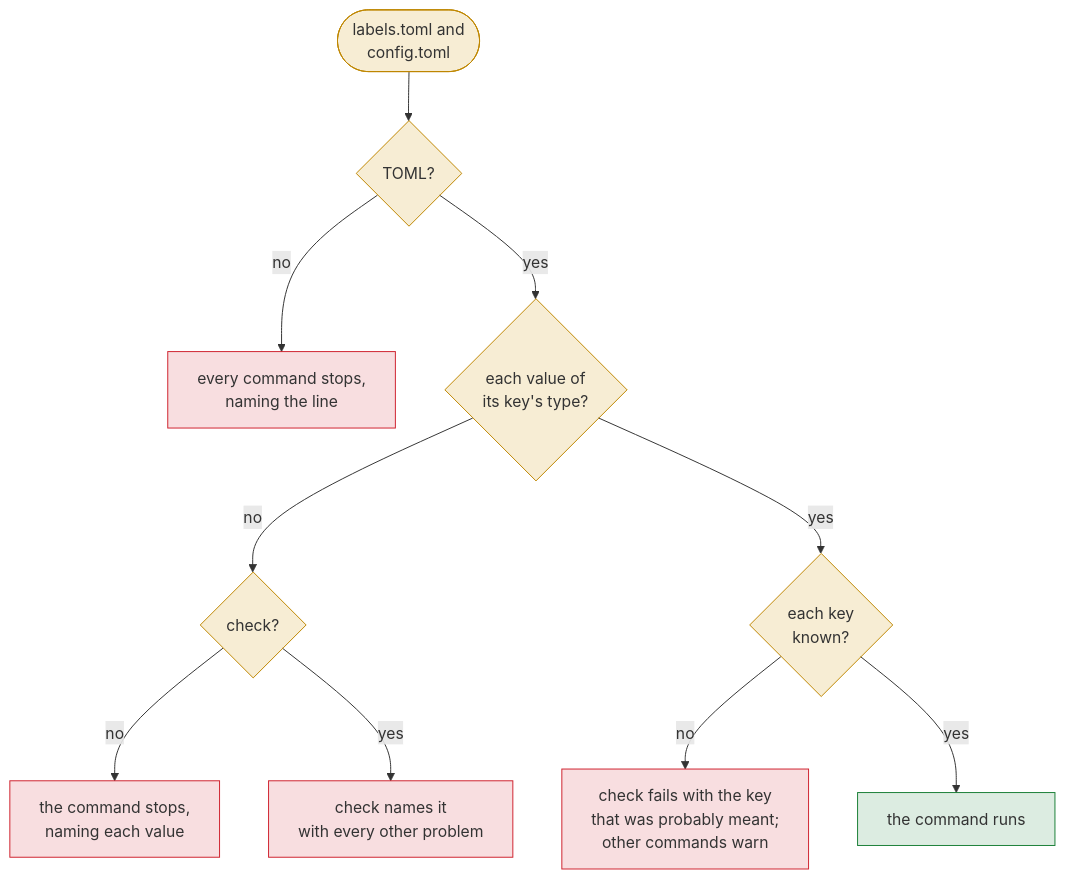
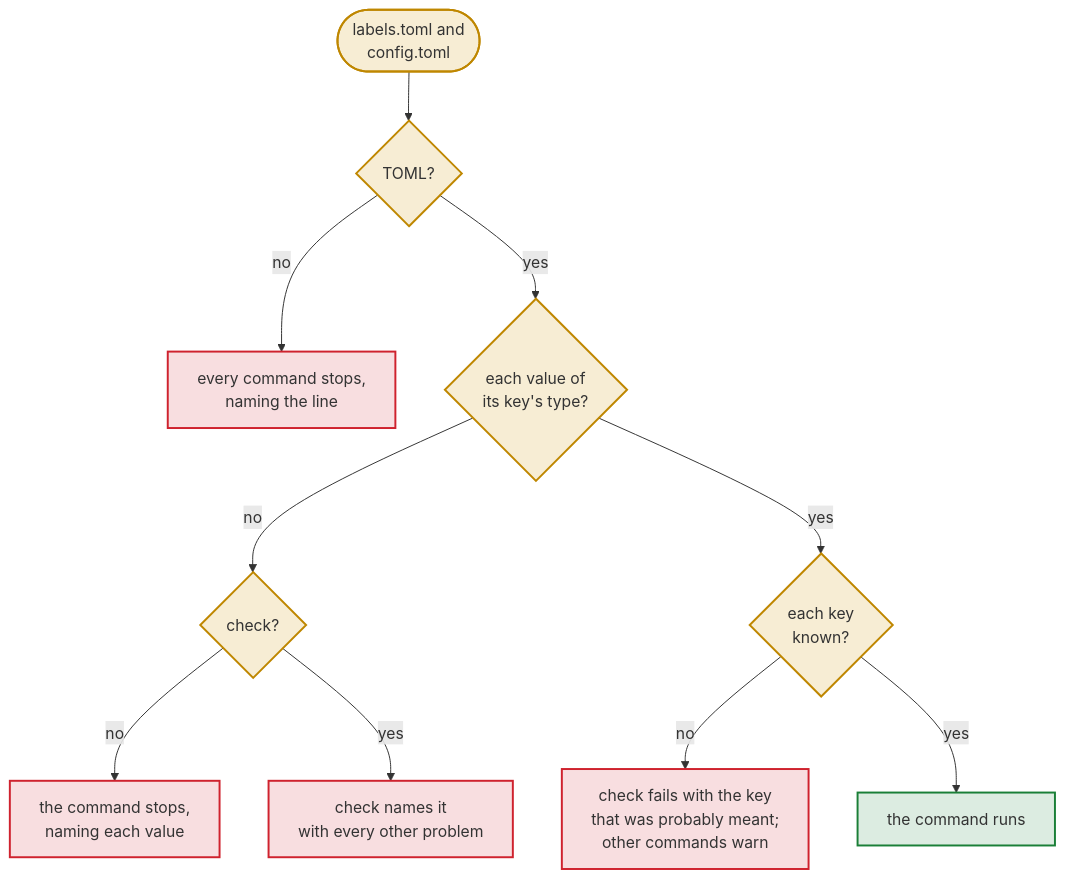
One commit to Dennis-Otto/issue-assistant changed diagram 11 of 11 in README.md. Above: the diagram before and after it, drawn with Mermaid. The commit also changed other lines of this file and 4 other files, not shown here.

First line of the commit message:
docs: accessible top-to-bottom diagrams, and three new ones (#82)

````diff
--- a/README.md
+++ b/README.md
@@ -476,22 +585,22 @@
 ```mermaid
 flowchart TB
   accTitle: What the assistant does with a problem of its settings
   accDescr: Every command reads labels.toml and config.toml. A file that isn't TOML stops every command, with the line of the mistake. A value of another type than its key's stops every other command with an error that names the key; check reads the rest with the defaults and names every problem at once. A key that the assistant doesn't know changes nothing, so check fails on it and names the key that was probably meant, while the other commands warn of it and keep the default.
   read(["labels.toml and<br/>config.toml"]) --> toml{"TOML?"}
   toml -- "no" --> broken["every command stops,<br/>naming the line"]
   toml -- "yes" --> typed{"each value of<br/>its key's type?"}
   typed -- "no" --> which{"check?"}
   which -- "no" --> stops["the command stops,<br/>naming each value"]
   which -- "yes" --> named["check names it<br/>with every other problem"]
   typed -- "yes" --> known{"each key<br/>known?"}
   known -- "no" --> typo["check fails with the key<br/>that was probably meant;<br/>other commands warn"]
   known -- "yes" --> runs["the command runs"]
-  classDef source fill:#d4a72c33,stroke:#bf8700
-  classDef question fill:#d4a72c33,stroke:#bf8700
-  classDef stop fill:#cf222e26,stroke:#cf222e
-  classDef safe fill:#1a7f3726,stroke:#1a7f37
+  classDef source fill:#d4a72c33,stroke:#bf8700,stroke-width:2px
+  classDef question fill:#d4a72c33,stroke:#bf8700,stroke-width:2px
+  classDef stop fill:#cf222e26,stroke:#cf222e,stroke-width:2px
+  classDef safe fill:#1a7f3726,stroke:#1a7f37,stroke-width:2px
   class read source
   class toml,typed,which,known question
   class broken,stops,named,typo stop
   class runs safe
 ```
````
